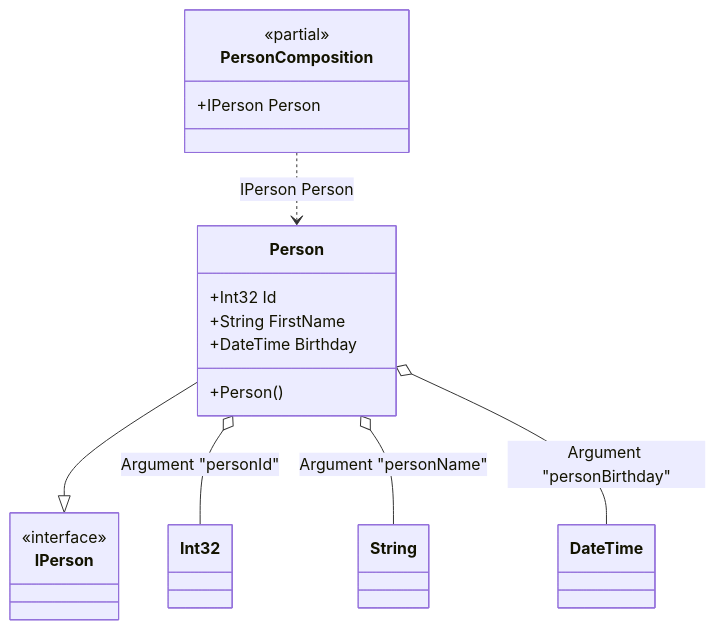
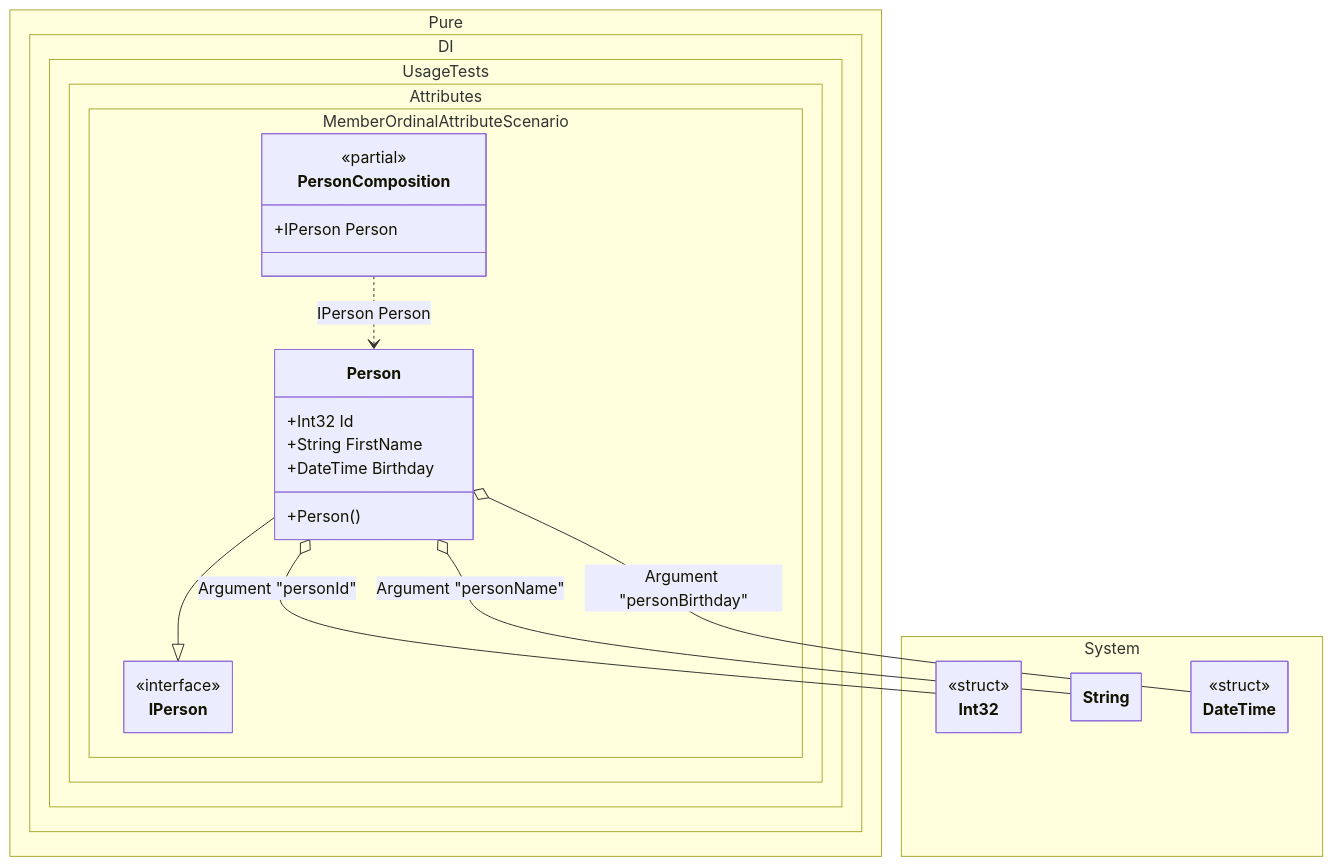
Before and after one commit to DevTeam/Pure.DI: the diagram in readme/member-ordinal-attribute.md, drawn with Mermaid. The commit also changed 103 other files, not shown here.

Commit message:
Improved class diagrams

````diff
--- a/readme/member-ordinal-attribute.md
+++ b/readme/member-ordinal-attribute.md
@@ -112,24 +112,38 @@
 ```mermaid
+---
+ config:
+  class:
+   hideEmptyMembersBox: true
+---
 classDiagram
-	class PersonComposition {
-		<<partial>>
-		+IPerson Person
-	}
 	Person --|> IPerson
-	class Person {
-		+Person()
-		+Int32 Id
-		+String FirstName
-		+DateTime Birthday
-	}
-	class Int32
-	class String
-	class DateTime
-	class IPerson {
-		<<interface>>
-	}
 	PersonComposition ..> Person : IPerson Person
 	Person o-- Int32 : Argument "personId"
 	Person o-- String : Argument "personName"
 	Person o-- DateTime : Argument "personBirthday"
+	namespace Pure.DI.UsageTests.Attributes.MemberOrdinalAttributeScenario {
+		class IPerson {
+			<<interface>>
+		}
+		class Person {
+			+Person()
+			+Int32 Id
+			+String FirstName
+			+DateTime Birthday
+		}
+		class PersonComposition {
+		<<partial>>
+		+IPerson Person
+		}
+	}
+	namespace System {
+		class DateTime {
+				<<struct>>
+		}
+		class Int32 {
+				<<struct>>
+		}
+		class String {
+		}
+	}
 ```
````
